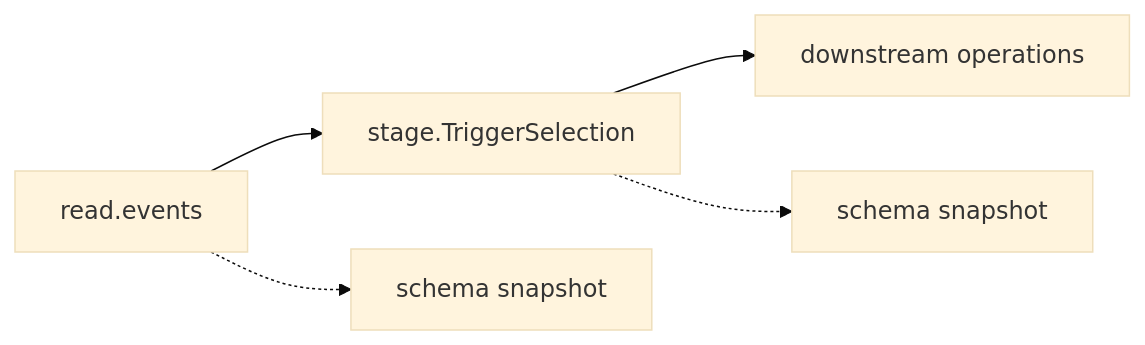
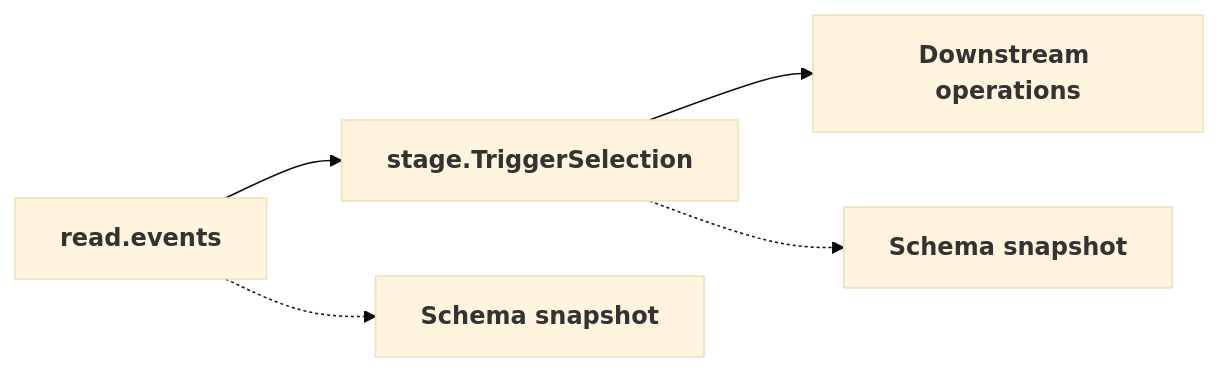
One commit to FAST-HEP/fasthep-flow changed the second of 2 diagrams in docs/extending/observers.md. Above: the diagram before and after it, drawn with Mermaid (base theme). The commit also changed other lines of this file and 9 other files, not shown here.

````diff
--- a/docs/extending/observers.md
+++ b/docs/extending/observers.md
@@ -50,12 +60,14 @@
 ```{mermaid}
 flowchart LR
-    Source["read.events"]
-    Selection["stage.TriggerSelection"]
-    Next["downstream operations"]
+    Source["<b>read.events</b>"]:::source
+    Selection["<b>stage.TriggerSelection</b>"]:::transform
+    Next["<b>Downstream operations</b>"]:::transform
 
-    Source --> Selection
-    Selection --> Next
+    Before["<b>Schema snapshot</b>"]:::observer
+    After["<b>Schema snapshot</b>"]:::observer
 
-    Source -.-> Before["schema snapshot"]
-    Selection -.-> After["schema snapshot"]
+    Source --> Selection --> Next
+
+    Source -.-> Before
+    Selection -.-> After
 ```
````
